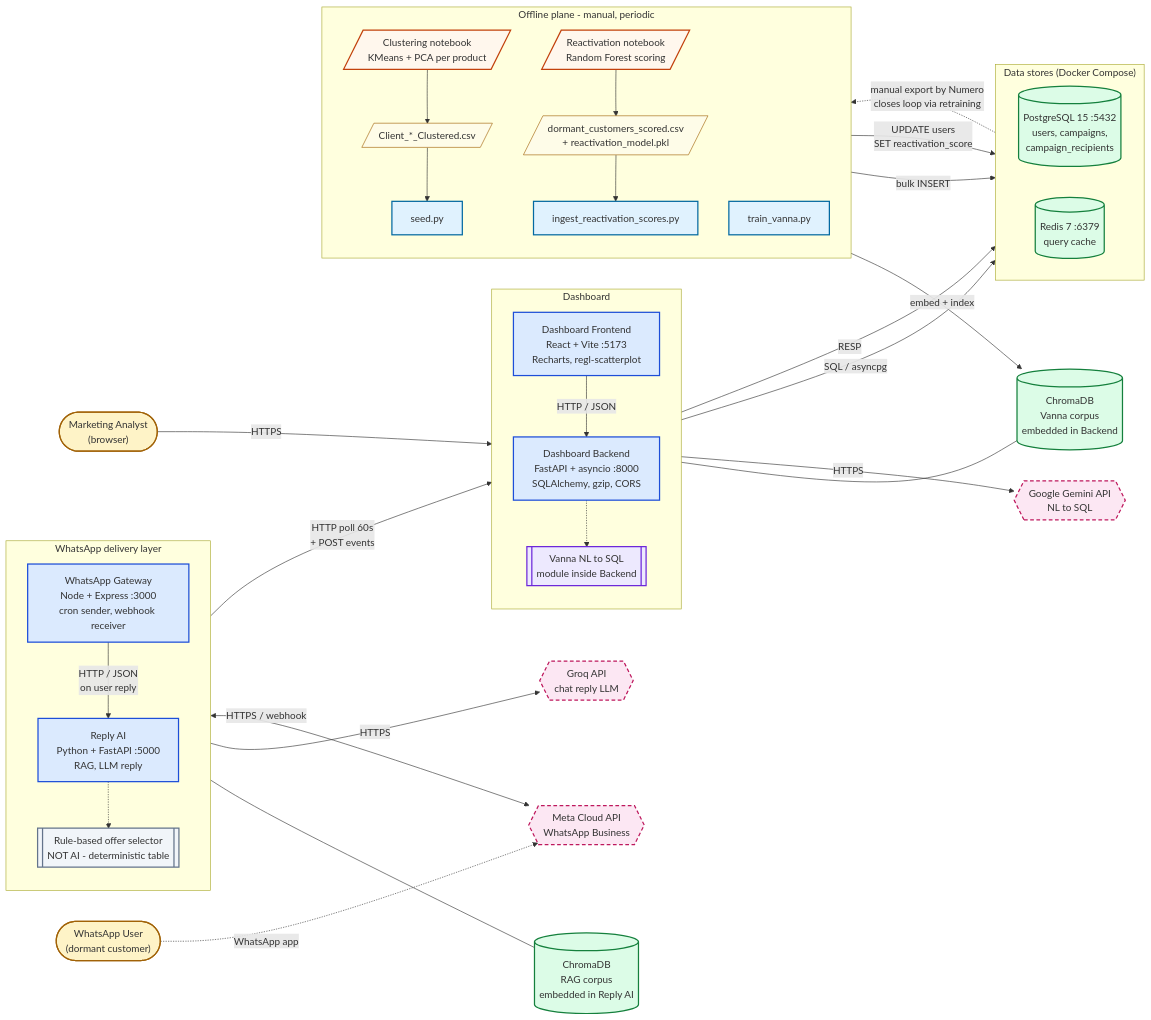
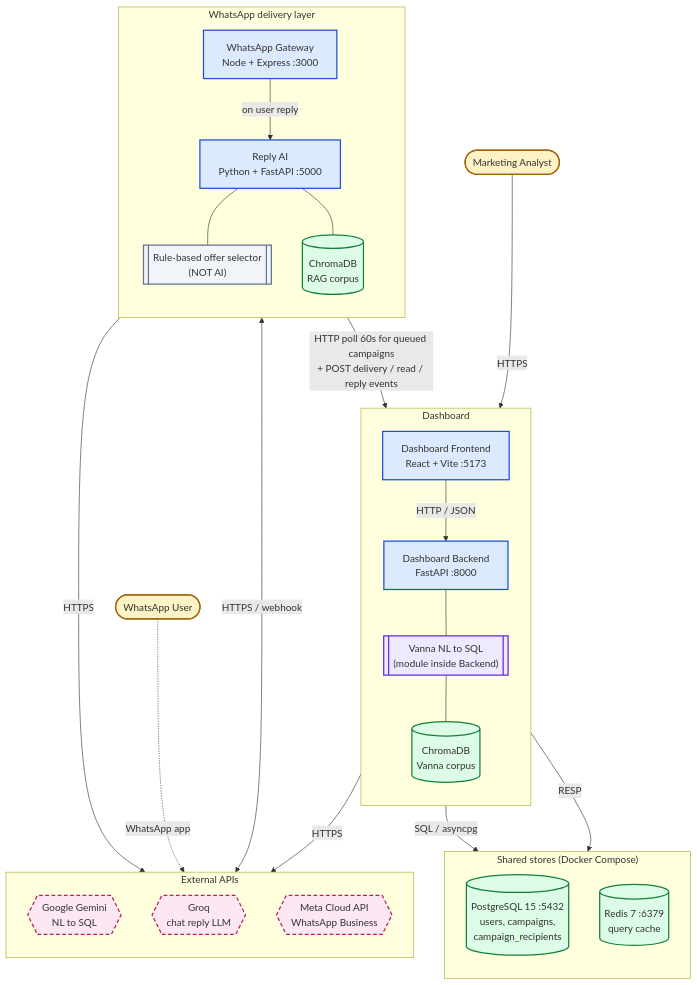
One commit to leenrayyan/numero-dashboard changed the diagram in docs/diagrams/01-architecture.mmd. Above: the diagram before and after it, drawn with Mermaid. The commit also changed 2 other files, not shown here.

Commit message:
diagrams: split monolithic architecture into Fig 2a (online) + Fig 2b (offline)
The single-figure version had Mermaid auto-layout crossing wires
everywhere because the offline lane and the live runtime have very
different connectivity patterns and don't share a clean axis.

Splitting also makes Fig 2b serve double duty as the 'ML pipeline
diagram' that was on the punch-list anyway, so this saves a figure
later rather than adding one.

- 01-architecture.mmd:   online plane only, ChromaDBs moved INSIDE
                         their owning subgraphs (no more floaters),
                         5 subgraphs (Dashboard, WhatsApp delivery,
                         Stores, Externals + 2 actors), TB layout.
- 02-offline-pipeline.mmd: notebooks → CSVs → ingest scripts → live
                           stores, with the dashed feedback arrow
                           from PG back to the raw export step.
- 01-architecture-prose.md: figure caption now refers to both 2a/2b.

```diff
--- a/docs/diagrams/01-architecture.mmd
+++ b/docs/diagrams/01-architecture.mmd
@@ -1,102 +1,78 @@
-%% Numero Reactivation — high-level architecture (Figure 2)
-%% Render at https://mermaid.live  — IMPORTANT: clear the default
-%% "flowchart TD" template in the editor before pasting this in.
+%% Numero Reactivation — ONLINE runtime architecture (Figure 2a)
+%% Render at https://mermaid.live  — clear the default template first.
 
-flowchart LR
+flowchart TB
 
-    %% ---------- ACTORS ----------
-    ANALYST(["Marketing Analyst<br/>(browser)"])
-    WAUSER(["WhatsApp User<br/>(dormant customer)"])
+    %% ---------- ACTORS (top) ----------
+    ANALYST(["Marketing Analyst"])
+    WAUSER(["WhatsApp User"])
 
     %% ---------- DASHBOARD CLUSTER ----------
     subgraph DASH["Dashboard"]
         direction TB
-        FE["Dashboard Frontend<br/>React + Vite :5173<br/>Recharts, regl-scatterplot"]
-        BE["Dashboard Backend<br/>FastAPI + asyncio :8000<br/>SQLAlchemy, gzip, CORS"]
-        VANNA[["Vanna NL to SQL<br/>module inside Backend"]]
+        FE["Dashboard Frontend<br/>React + Vite :5173"]
+        BE["Dashboard Backend<br/>FastAPI :8000"]
+        VANNA[["Vanna NL to SQL<br/>(module inside Backend)"]]
+        CHV[("ChromaDB<br/>Vanna corpus")]
         FE -->|HTTP / JSON| BE
-        BE -.-> VANNA
+        BE --- VANNA
+        VANNA --- CHV
     end
 
     %% ---------- WHATSAPP CLUSTER ----------
     subgraph WA["WhatsApp delivery layer"]
         direction TB
-        WAG["WhatsApp Gateway<br/>Node + Express :3000<br/>cron sender, webhook receiver"]
-        RAI["Reply AI<br/>Python + FastAPI :5000<br/>RAG, LLM reply"]
-        OFFER[["Rule-based offer selector<br/>NOT AI - deterministic table"]]
-        WAG -->|HTTP / JSON<br/>on user reply| RAI
-        RAI -.-> OFFER
+        WAG["WhatsApp Gateway<br/>Node + Express :3000"]
+        RAI["Reply AI<br/>Python + FastAPI :5000"]
+        OFFER[["Rule-based offer selector<br/>(NOT AI)"]]
+        CHR[("ChromaDB<br/>RAG corpus")]
+        WAG -->|on user reply| RAI
+        RAI --- OFFER
+        RAI --- CHR
     end
 
-    %% ---------- WAG → BACKEND ----------
-    WAG -->|HTTP poll 60s<br/>+ POST events| BE
-
     %% ---------- DATA STORES ----------
-    subgraph STORES["Data stores (Docker Compose)"]
-        direction LR
+    subgraph STORES["Shared stores (Docker Compose)"]
+        direction TB
         PG[("PostgreSQL 15 :5432<br/>users, campaigns,<br/>campaign_recipients")]
         RD[("Redis 7 :6379<br/>query cache")]
     end
 
-    CHV[("ChromaDB<br/>Vanna corpus<br/>embedded in Backend")]
-    CHR[("ChromaDB<br/>RAG corpus<br/>embedded in Reply AI")]
+    %% ---------- EXTERNAL APIs ----------
+    subgraph EXT["External APIs"]
+        direction TB
+        GEMINI{{"Google Gemini<br/>NL to SQL"}}
+        GROQ{{"Groq<br/>chat reply LLM"}}
+        META{{"Meta Cloud API<br/>WhatsApp Business"}}
+    end
 
+    %% ---------- USER ENTRY ----------
+    ANALYST -->|HTTPS| FE
+    WAUSER  -.->|WhatsApp app| META
+
+    %% ---------- BACKEND TO STORES ----------
     BE -->|SQL / asyncpg| PG
     BE -->|RESP| RD
-    VANNA --- CHV
-    RAI --- CHR
 
-    %% ---------- EXTERNAL APIs ----------
-    GEMINI{{"Google Gemini API<br/>NL to SQL"}}
-    GROQ{{"Groq API<br/>chat reply LLM"}}
-    META{{"Meta Cloud API<br/>WhatsApp Business"}}
+    %% ---------- WAG → BACKEND (inner feedback loop) ----------
+    WAG -->|HTTP poll 60s for queued campaigns<br/>+ POST delivery / read / reply events| BE
 
+    %% ---------- SERVICES → EXTERNALS ----------
     VANNA -->|HTTPS| GEMINI
     RAI   -->|HTTPS| GROQ
     WAG   <-->|HTTPS / webhook| META
-
-    %% ---------- OFFLINE PLANE ----------
-    subgraph OFFLINE["Offline plane - manual, periodic"]
-        direction TB
-        NB1[/"Clustering notebook<br/>KMeans + PCA per product"/]
-        NB2[/"Reactivation notebook<br/>Random Forest scoring"/]
-        CSV1[/"Client_*_Clustered.csv"/]
-        CSV2[/"dormant_customers_scored.csv<br/>+ reactivation_model.pkl"/]
-        S1["seed.py"]
-        S2["ingest_reactivation_scores.py"]
-        S3["train_vanna.py"]
-        NB1 --> CSV1 --> S1
-        NB2 --> CSV2 --> S2
-    end
-
-    S1 -->|bulk INSERT| PG
-    S2 -->|UPDATE users<br/>SET reactivation_score| PG
-    S3 -->|embed + index| CHV
-
-    %% ---------- USER ENTRY POINTS ----------
-    ANALYST -->|HTTPS| FE
-    WAUSER  -.->|WhatsApp app| META
-
-    %% ---------- FEEDBACK LOOP (honest) ----------
-    PG -.->|manual export by Numero<br/>closes loop via retraining| NB2
 
     %% ---------- STYLES ----------
     classDef actor   fill:#fef3c7,stroke:#a16207,stroke-width:2px
     classDef svc     fill:#dbeafe,stroke:#1d4ed8,stroke-width:2px
     classDef aimod   fill:#ede9fe,stroke:#6d28d9,stroke-width:2px
     classDef rule    fill:#f1f5f9,stroke:#64748b,stroke-width:2px
     classDef store   fill:#dcfce7,stroke:#15803d,stroke-width:2px
     classDef ext     fill:#fce7f3,stroke:#be185d,stroke-width:2px,stroke-dasharray: 6 4
-    classDef nb      fill:#fff7ed,stroke:#c2410c,stroke-width:2px
-    classDef file    fill:#fefce8,stroke:#a16207,stroke-width:1px
-    classDef script  fill:#e0f2fe,stroke:#0369a1,stroke-width:2px
 
     class ANALYST,WAUSER actor
     class FE,BE,WAG,RAI svc
     class VANNA aimod
     class OFFER rule
     class PG,RD,CHV,CHR store
     class GEMINI,GROQ,META ext
-    class NB1,NB2 nb
-    class CSV1,CSV2 file
-    class S1,S2,S3 script
```
